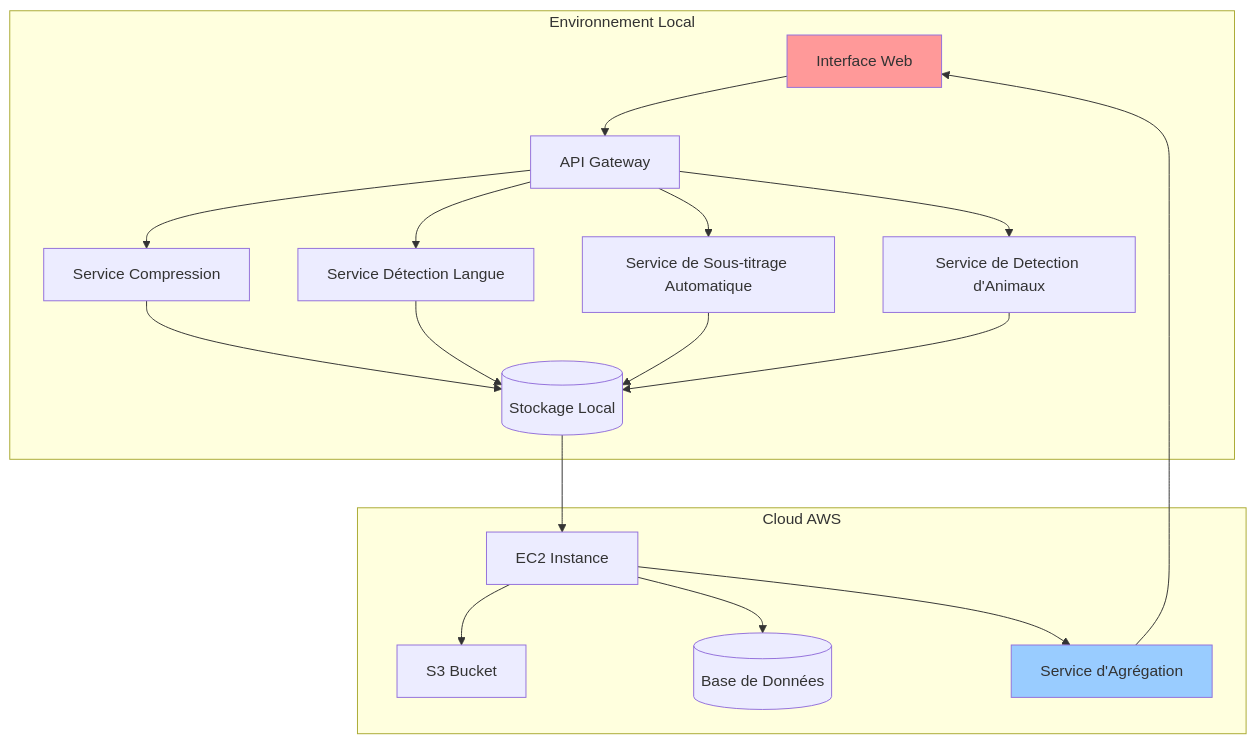
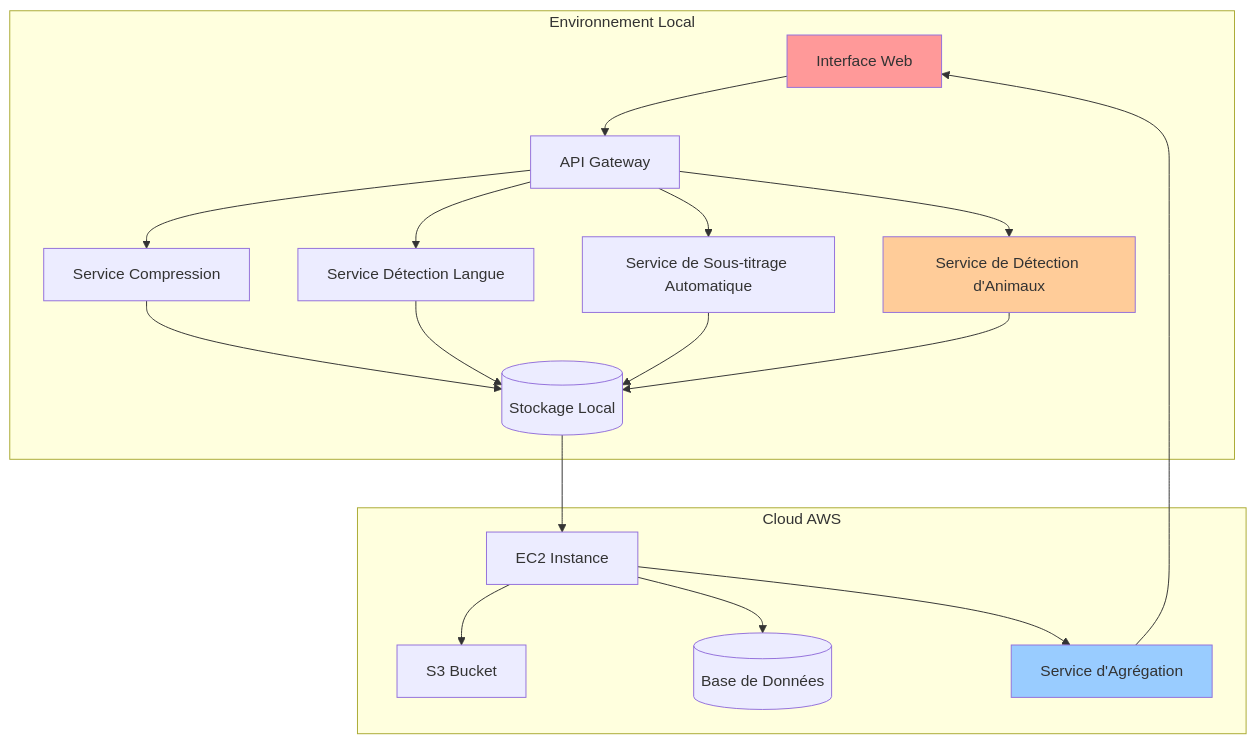
Before and after one commit to fabrice002/Cloud-Computing-Hybrid-Video-Processing: the diagram in Video Processing Pipeline/README.md, drawn with Mermaid. The commit also changed other lines of this file and 3 other files, not shown here.

````diff
--- a/Video Processing Pipeline/README.md
+++ b/Video Processing Pipeline/README.md
@@ -53,26 +61,27 @@
 ```mermaid
 graph TB
     subgraph "Environnement Local"
         A[Interface Web] --> B[API Gateway]
         B --> C[Service Compression]
         B --> D[Service Détection Langue]
         B --> E[Service de Sous-titrage Automatique]
-        B --> F[Service de Detection d'Animaux]
+        B --> F[Service de Détection d'Animaux]
         C --> G[(Stockage Local)]
         D --> G
         E --> G
         F --> G
     end
     
     subgraph "Cloud AWS"
         H[EC2 Instance] --> I[S3 Bucket]
         H --> J[(Base de Données)]
         H --> K[Service d'Agrégation] 
     end
     
     G --> H
     K --> A
     
     style A fill:#ff9999
     style K fill:#99ccff
+    style F fill:#ffcc99
 ```
````
